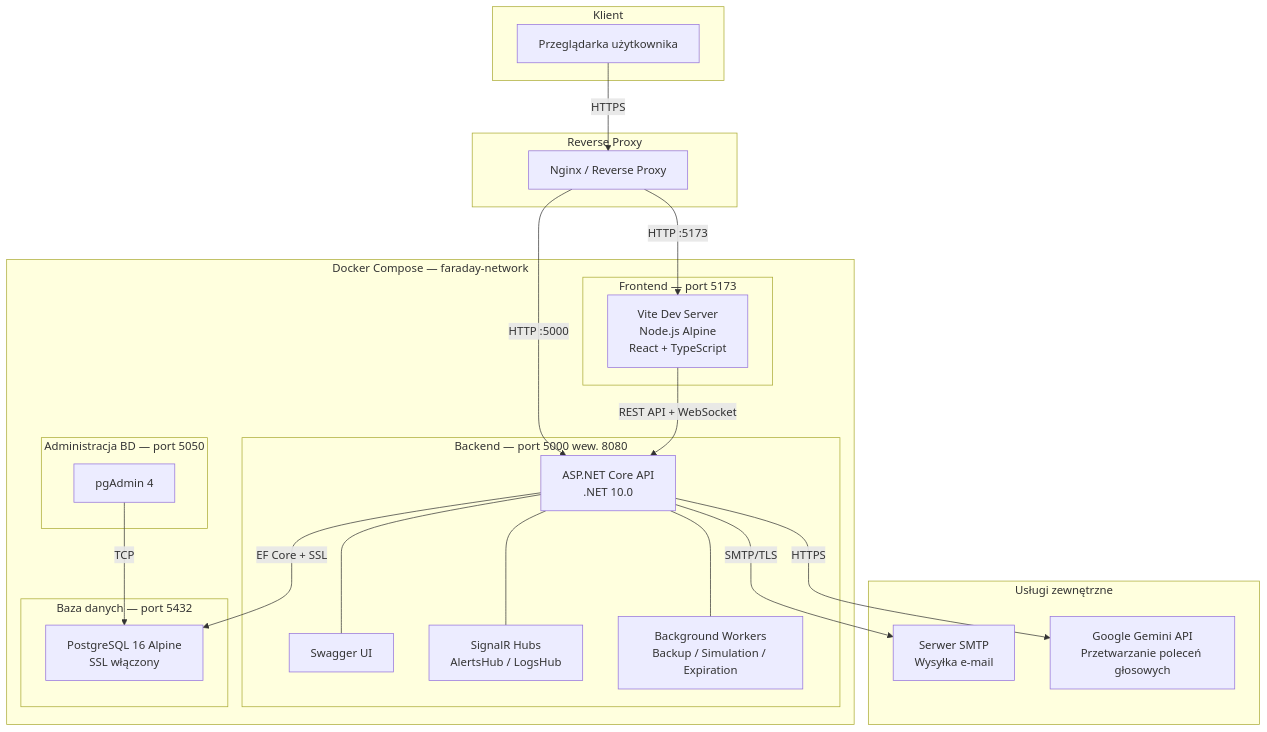
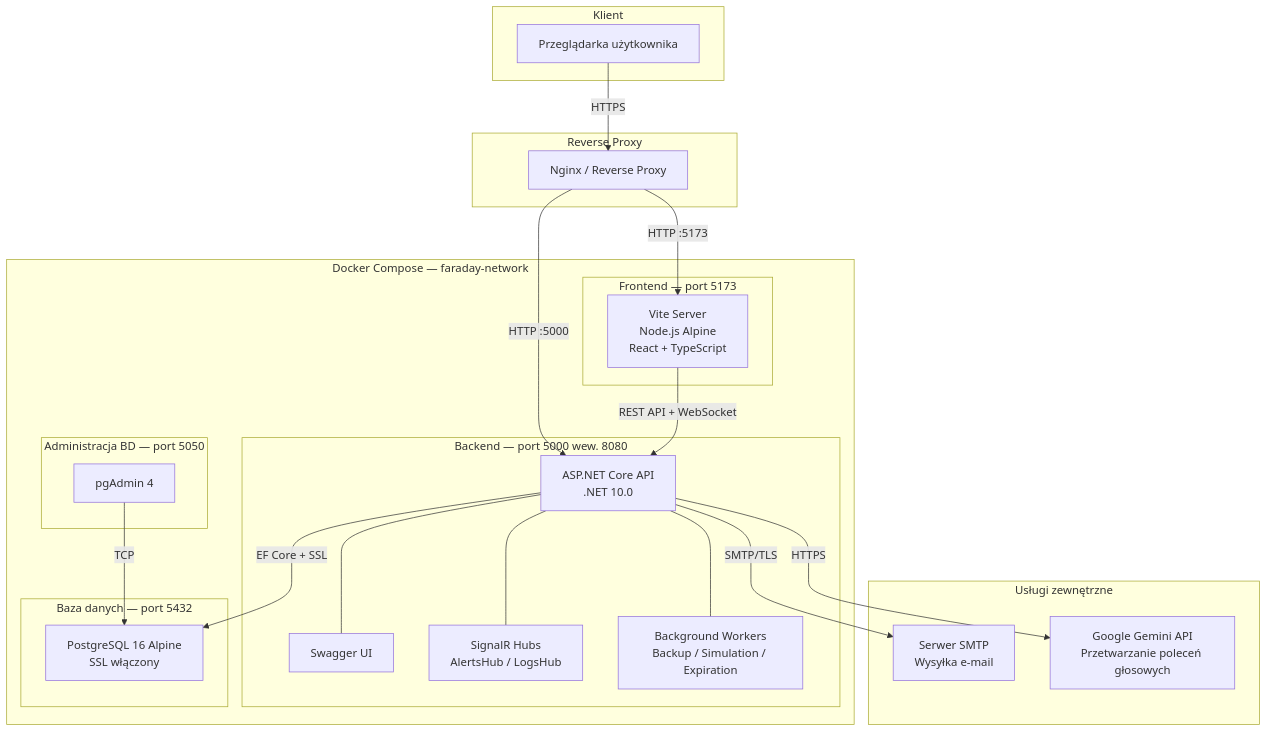
The first of 2 diagrams in dokumentacja_techniczna.md (TOK7O/Faraday), drawn with Mermaid before and after one commit. The commit also changed other lines of this file, not shown here.

````diff
--- a/dokumentacja_techniczna.md
+++ b/dokumentacja_techniczna.md
@@ -17,48 +17,48 @@
 ```mermaid
 graph TB
     subgraph "Klient"
         Browser["Przeglądarka użytkownika"]
     end
 
     subgraph "Reverse Proxy"
         RP["Nginx / Reverse Proxy"]
     end
 
     subgraph "Docker Compose — faraday-network"
         subgraph "Frontend — port 5173"
-            FE["Vite Dev Server<br/>Node.js Alpine<br/>React + TypeScript"]
+            FE["Vite Server<br/>Node.js Alpine<br/>React + TypeScript"]
         end
 
         subgraph "Backend — port 5000 wew. 8080"
             API["ASP.NET Core API<br/>.NET 10.0"]
             SW["Swagger UI"]
             SH["SignalR Hubs<br/>AlertsHub / LogsHub"]
             BW["Background Workers<br/>Backup / Simulation / Expiration"]
         end
 
         subgraph "Baza danych — port 5432"
             DB["PostgreSQL 16 Alpine<br/>SSL włączony"]
         end
 
         subgraph "Administracja BD — port 5050"
             PGA["pgAdmin 4"]
         end
     end
 
     subgraph "Usługi zewnętrzne"
         SMTP["Serwer SMTP<br/>Wysyłka e-mail"]
         GEMINI["Google Gemini API<br/>Przetwarzanie poleceń głosowych"]
     end
 
     Browser -->|HTTPS| RP
     RP -->|HTTP :5173| FE
     RP -->|HTTP :5000| API
     FE -->|REST API + WebSocket| API
     API -->|EF Core + SSL| DB
     API -->|SMTP/TLS| SMTP
     API -->|HTTPS| GEMINI
     PGA -->|TCP| DB
     API --- SW
     API --- SH
     API --- BW
 ```
````
